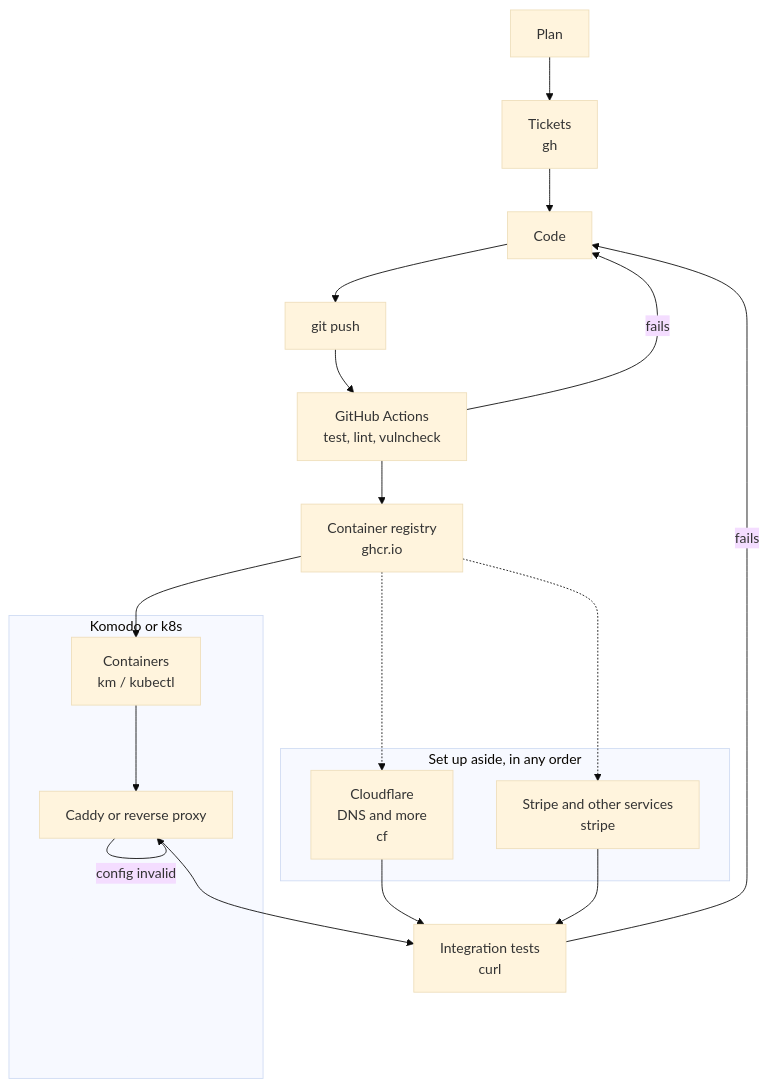
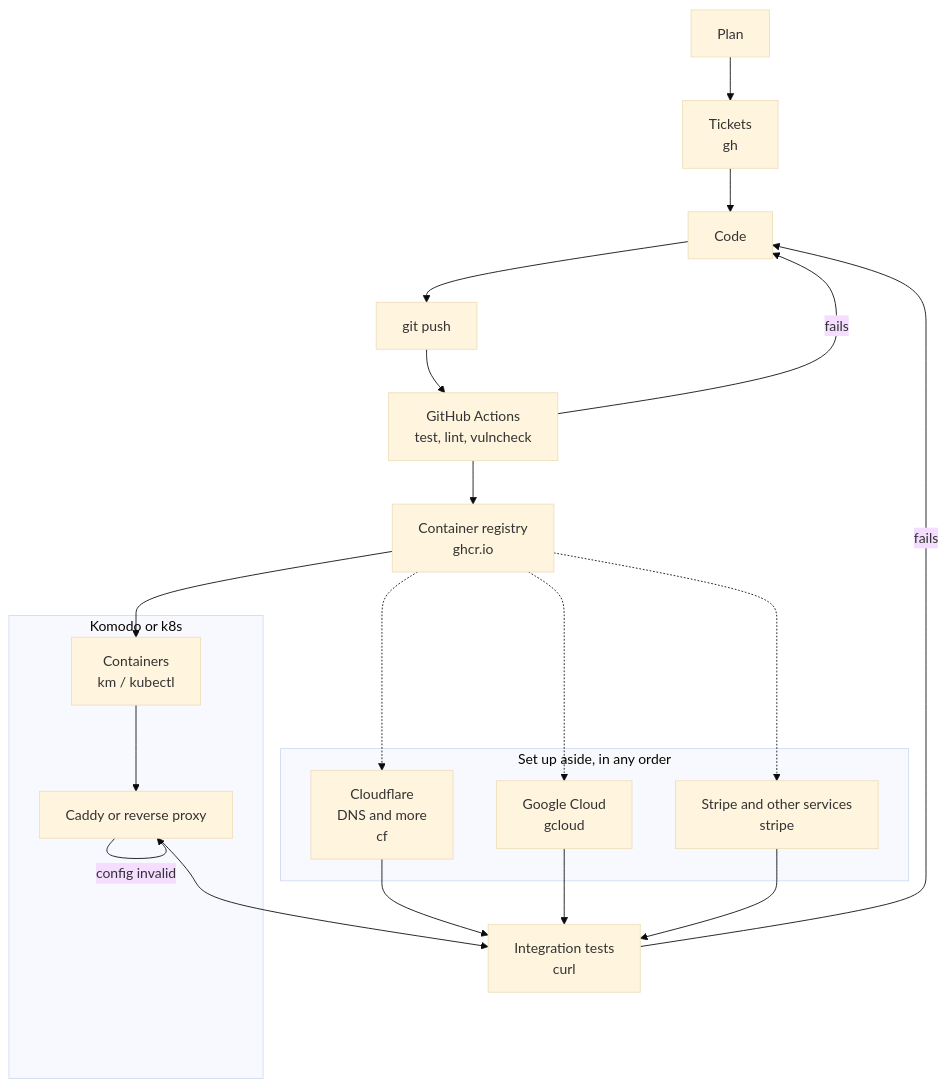
One commit to josuebrunel/josuebrunel.github.io changed the diagram in content/posts/deploying-with-an-ai-agent-and-cli-tools.md. Above: the diagram before and after it, drawn with Mermaid (base theme). The commit also changed other lines of this file, not shown here.

Commit message:
docs: add Google Cloud depth and the agent-beats-me-at-CLIs theme

````diff
--- a/content/posts/deploying-with-an-ai-agent-and-cli-tools.md
+++ b/content/posts/deploying-with-an-ai-agent-and-cli-tools.md
@@ -16,24 +16,27 @@
 ```mermaid
 flowchart TD
     A[Plan] --> B[Tickets<br/>gh]
     B --> C[Code]
     C --> D[git push]
     D --> E[GitHub Actions<br/>test, lint, vulncheck]
     E -->|fails| C
     E --> F[Container registry<br/>ghcr.io]
     F --> G
     subgraph Platform[Komodo or k8s]
         G[Containers<br/>km / kubectl] --> H[Caddy or reverse proxy]
         H -->|config invalid| H
     end
     subgraph Aside[Set up aside, in any order]
         I[Cloudflare<br/>DNS and more<br/>cf]
+        G2[Google Cloud<br/>gcloud]
         P[Stripe and other services<br/>stripe]
     end
     F -.-> I
+    F -.-> G2
     F -.-> P
     H --> J[Integration tests<br/>curl]
     I --> J
+    G2 --> J
     P --> J
     J -->|fails| C
 ```
````
